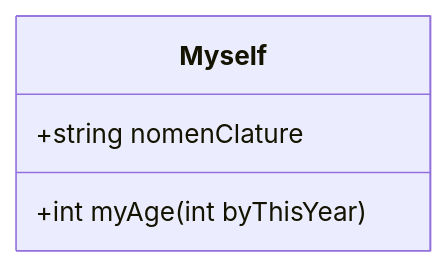
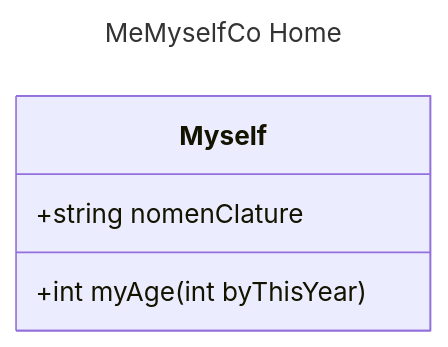
One commit to mayhs19/mermaid-home changed the diagram in mermaid-class-dg.md. Above: the diagram before and after it, drawn with Mermaid.

````diff
--- a/mermaid-class-dg.md
+++ b/mermaid-class-dg.md
@@ -1,9 +1,9 @@
 ```mermaid
 ---
-Title MeMyselfCo Home
+title : MeMyselfCo Home
 ---
 classDiagram
 class Myself
 Myself : +string nomenClature
 Myself : +int myAge(int byThisYear)
 ```
````
